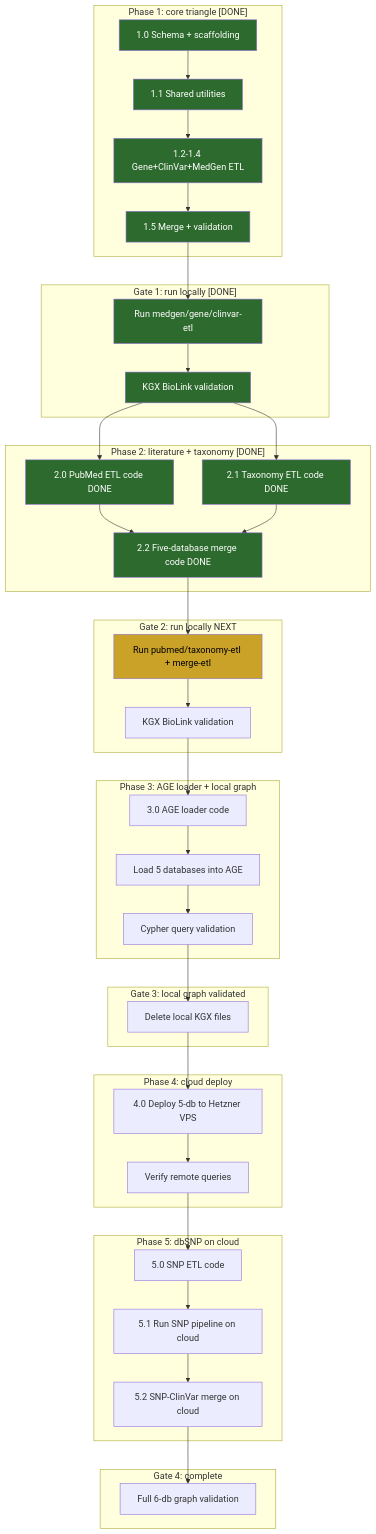
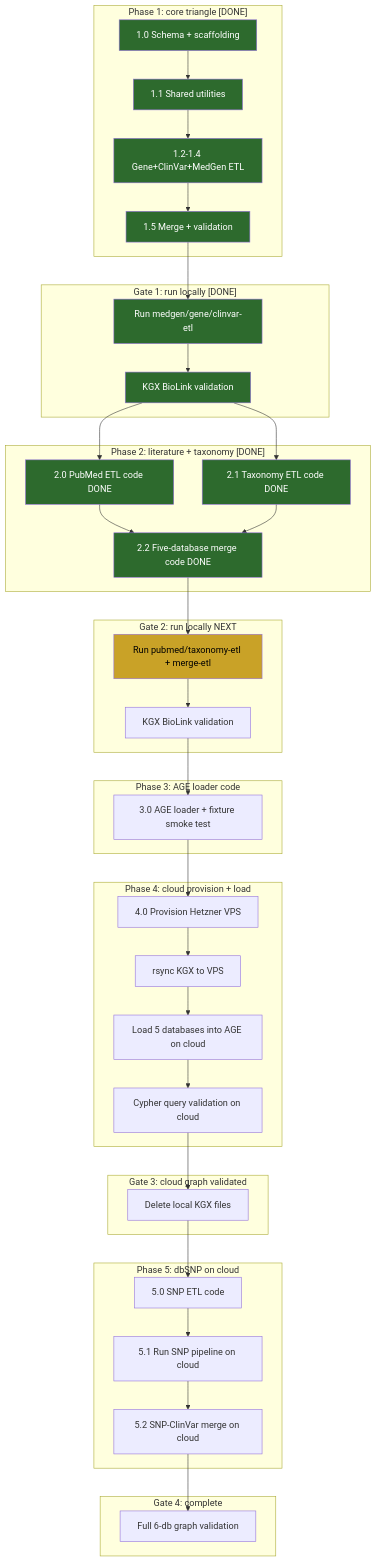
One commit to monideep2255/agentic-search-ui changed the diagram in docs/bossman_execution_plan.md. Above: the diagram before and after it, drawn with Mermaid. The commit also changed other lines of this file and 5 other files, not shown here.

First line of the commit message:
Revise architecture: skip local AGE load, migrate local env to Windows laptop

````diff
--- a/docs/bossman_execution_plan.md
+++ b/docs/bossman_execution_plan.md
@@ -11,71 +11,71 @@
 ```mermaid
 graph TD
     subgraph "Phase 1: core triangle [DONE]"
         P10[1.0 Schema + scaffolding]
         P11[1.1 Shared utilities]
         P12[1.2-1.4 Gene+ClinVar+MedGen ETL]
         P15[1.5 Merge + validation]
         P10 --> P11 --> P12 --> P15
     end
 
     subgraph "Gate 1: run locally [DONE]"
         G1R[Run medgen/gene/clinvar-etl]
         G1V[KGX BioLink validation]
         P15 --> G1R --> G1V
     end
 
     subgraph "Phase 2: literature + taxonomy [DONE]"
         P20[2.0 PubMed ETL code DONE]
         P21[2.1 Taxonomy ETL code DONE]
         P22[2.2 Five-database merge code DONE]
         G1V --> P20 & P21
         P20 & P21 --> P22
     end
 
     subgraph "Gate 2: run locally NEXT"
         G2R[Run pubmed/taxonomy-etl + merge-etl]
         G2V[KGX BioLink validation]
         P22 --> G2R --> G2V
     end
 
-    subgraph "Phase 3: AGE loader + local graph"
-        P30[3.0 AGE loader code]
-        P30L[Load 5 databases into AGE]
-        P30Q[Cypher query validation]
-        G2V --> P30 --> P30L --> P30Q
+    subgraph "Phase 3: AGE loader code"
+        P30[3.0 AGE loader + fixture smoke test]
+        G2V --> P30
     end
 
-    subgraph "Gate 3: local graph validated"
-        G3D[Delete local KGX files]
-        P30Q --> G3D
+    subgraph "Phase 4: cloud provision + load"
+        P40[4.0 Provision Hetzner VPS]
+        P40R[rsync KGX to VPS]
+        P40L[Load 5 databases into AGE on cloud]
+        P40Q[Cypher query validation on cloud]
+        P30 --> P40 --> P40R --> P40L --> P40Q
     end
 
-    subgraph "Phase 4: cloud deploy"
-        P40[4.0 Deploy 5-db to Hetzner VPS]
-        P40V[Verify remote queries]
-        G3D --> P40 --> P40V
+    subgraph "Gate 3: cloud graph validated"
+        G3D[Delete local KGX files]
+        P40Q --> G3D
     end
 
     subgraph "Phase 5: dbSNP on cloud"
         P50[5.0 SNP ETL code]
         P51[5.1 Run SNP pipeline on cloud]
         P52[5.2 SNP-ClinVar merge on cloud]
-        P40V --> P50 --> P51 --> P52
+        G3D --> P50 --> P51 --> P52
     end
 
     subgraph "Gate 4: complete"
         G4V[Full 6-db graph validation]
         P52 --> G4V
     end
 
     style P10 fill:#2d6a2d,color:#fff
     style P11 fill:#2d6a2d,color:#fff
     style P12 fill:#2d6a2d,color:#fff
     style P15 fill:#2d6a2d,color:#fff
     style G1R fill:#2d6a2d,color:#fff
     style G1V fill:#2d6a2d,color:#fff
     style P20 fill:#2d6a2d,color:#fff
     style P21 fill:#2d6a2d,color:#fff
     style P22 fill:#2d6a2d,color:#fff
     style G2R fill:#c9a227,color:#000
 ```
````
